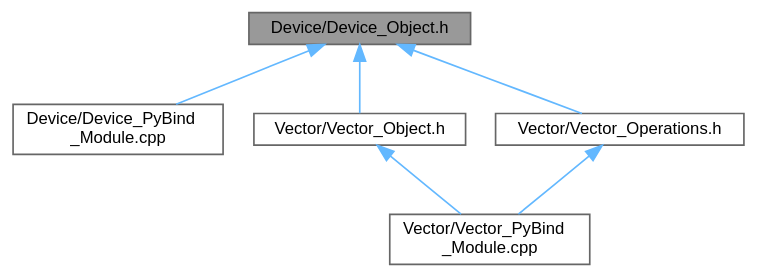
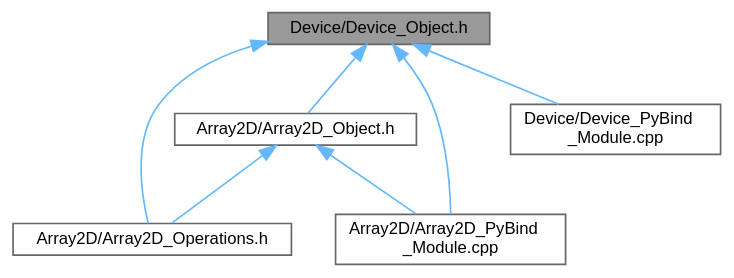
The diagram in docs/PySYCL_doxygen_html/_device___object_8h__dep__incl.dot (OsmanAEG/PySYCL), drawn with Graphviz before and after one commit. The commit also changed 115 other files, not shown here.

```diff
--- a/docs/PySYCL_doxygen_html/_device___object_8h__dep__incl.dot
+++ b/docs/PySYCL_doxygen_html/_device___object_8h__dep__incl.dot
@@ -1,18 +1,19 @@
 digraph "Device/Device_Object.h"
 {
  // INTERACTIVE_SVG=YES
  // LATEX_PDF_SIZE
   bgcolor="transparent";
   edge [fontname=Helvetica,fontsize=10,labelfontname=Helvetica,labelfontsize=10];
   node [fontname=Helvetica,fontsize=10,shape=box,height=0.2,width=0.4];
   Node1 [id="Node000001",label="Device/Device_Object.h",height=0.2,width=0.4,color="gray40", fillcolor="grey60", style="filled", fontcolor="black",tooltip="SYCL device selection in PySYCL."];
   Node1 -> Node2 [id="edge1_Node000001_Node000002",dir="back",color="steelblue1",style="solid",tooltip=" "];
-  Node2 [id="Node000002",label="Device/Device_PyBind\l_Module.cpp",height=0.2,width=0.4,color="grey40", fillcolor="white", style="filled",URL="$_device___py_bind___module_8cpp.html",tooltip="Python module for device in PySYCL."];
-  Node1 -> Node3 [id="edge2_Node000001_Node000003",dir="back",color="steelblue1",style="solid",tooltip=" "];
-  Node3 [id="Node000003",label="Vector/Vector_Object.h",height=0.2,width=0.4,color="grey40", fillcolor="white", style="filled",URL="$_vector___object_8h.html",tooltip="Vector Object in PySYCL."];
-  Node3 -> Node4 [id="edge3_Node000003_Node000004",dir="back",color="steelblue1",style="solid",tooltip=" "];
-  Node4 [id="Node000004",label="Vector/Vector_PyBind\l_Module.cpp",height=0.2,width=0.4,color="grey40", fillcolor="white", style="filled",URL="$_vector___py_bind___module_8cpp.html",tooltip="Python module for vector in PySYCL."];
-  Node1 -> Node5 [id="edge4_Node000001_Node000005",dir="back",color="steelblue1",style="solid",tooltip=" "];
-  Node5 [id="Node000005",label="Vector/Vector_Operations.h",height=0.2,width=0.4,color="grey40", fillcolor="white", style="filled",URL="$_vector___operations_8h.html",tooltip="Vector operations in PySYCL. These operations receive two individual vectors and return a single vect..."];
-  Node5 -> Node4 [id="edge5_Node000005_Node000004",dir="back",color="steelblue1",style="solid",tooltip=" "];
+  Node2 [id="Node000002",label="Array2D/Array2D_Object.h",height=0.2,width=0.4,color="grey40", fillcolor="white", style="filled",URL="$_array2_d___object_8h.html",tooltip="Array2D in PySYCL."];
+  Node2 -> Node3 [id="edge2_Node000002_Node000003",dir="back",color="steelblue1",style="solid",tooltip=" "];
+  Node3 [id="Node000003",label="Array2D/Array2D_Operations.h",height=0.2,width=0.4,color="grey40", fillcolor="white", style="filled",URL="$_array2_d___operations_8h.html",tooltip="Array2D operations in PySYCL. These operations receive two individual arrays and return a single arra..."];
+  Node2 -> Node4 [id="edge3_Node000002_Node000004",dir="back",color="steelblue1",style="solid",tooltip=" "];
+  Node4 [id="Node000004",label="Array2D/Array2D_PyBind\l_Module.cpp",height=0.2,width=0.4,color="grey40", fillcolor="white", style="filled",URL="$_array2_d___py_bind___module_8cpp.html",tooltip="Python module for array2D in PySYCL."];
+  Node1 -> Node3 [id="edge4_Node000001_Node000003",dir="back",color="steelblue1",style="solid",tooltip=" "];
+  Node1 -> Node4 [id="edge5_Node000001_Node000004",dir="back",color="steelblue1",style="solid",tooltip=" "];
+  Node1 -> Node5 [id="edge6_Node000001_Node000005",dir="back",color="steelblue1",style="solid",tooltip=" "];
+  Node5 [id="Node000005",label="Device/Device_PyBind\l_Module.cpp",height=0.2,width=0.4,color="grey40", fillcolor="white", style="filled",URL="$_device___py_bind___module_8cpp.html",tooltip="Python module for device in PySYCL."];
 }
```
